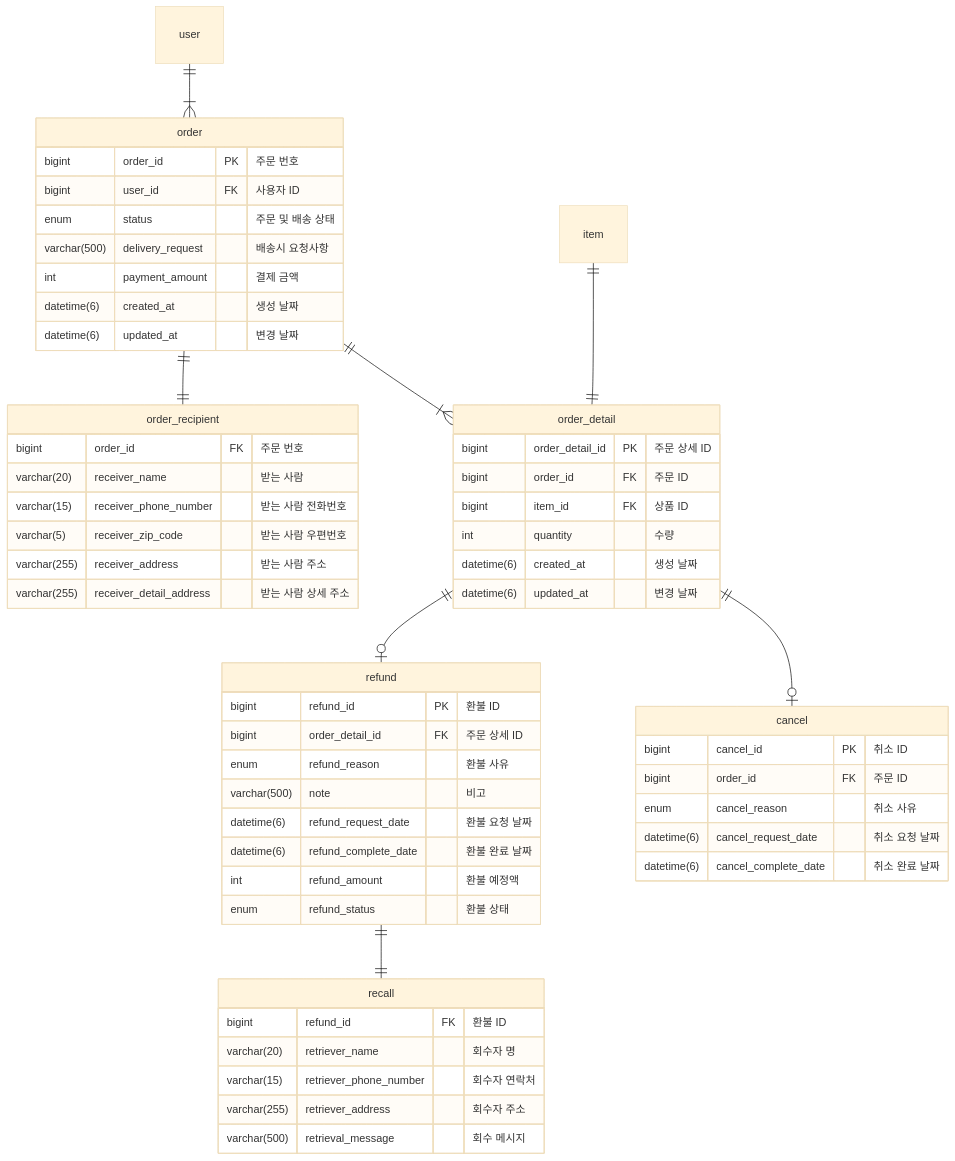
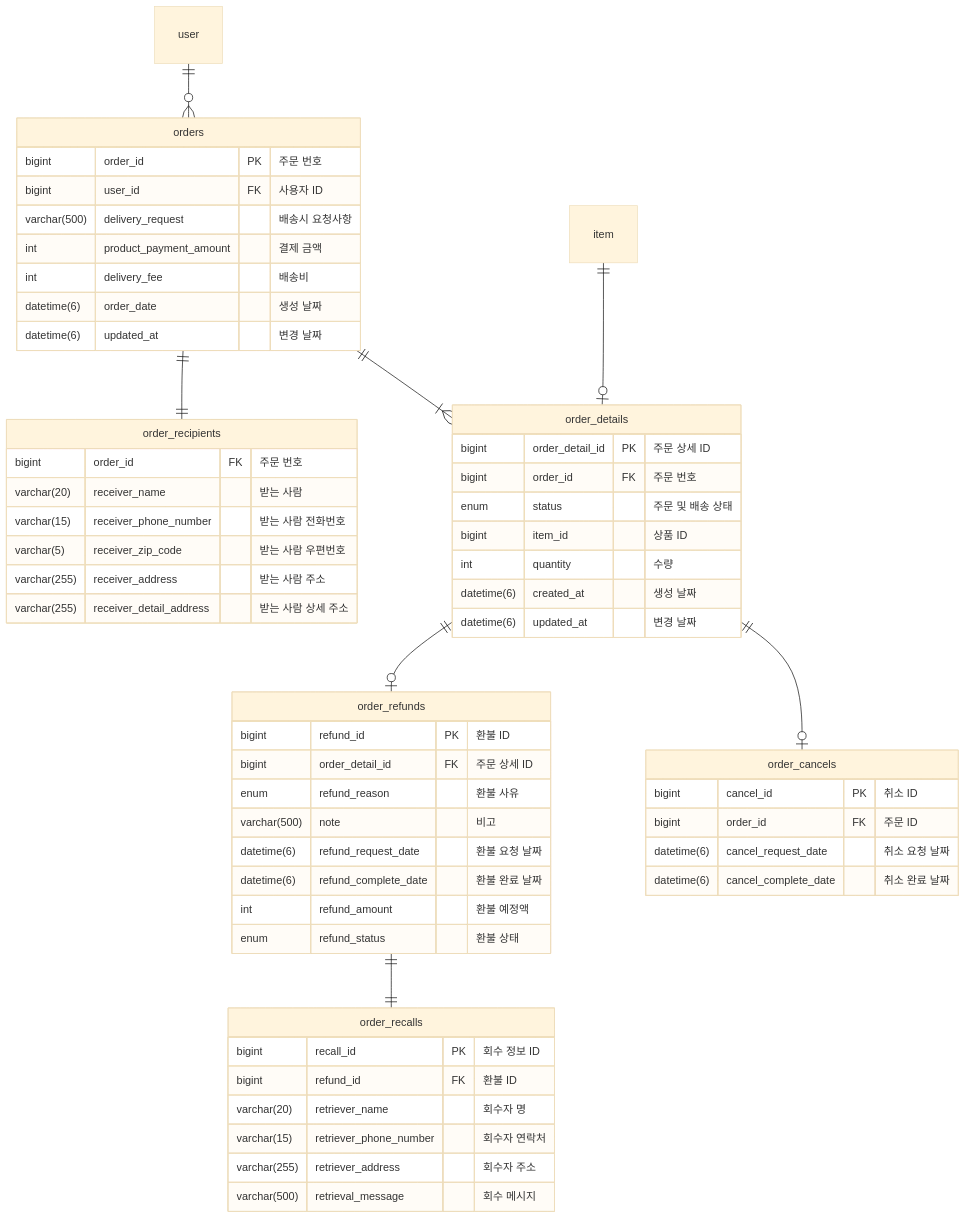
One commit to kea-dpang/docs changed the fourth of 9 diagrams in Erd.md. Above: the diagram before and after it, drawn with Mermaid (base theme). The commit also changed other lines of this file and 3 other files, not shown here.

````diff
--- a/Erd.md
+++ b/Erd.md
@@ -139,66 +143,67 @@
 ```mermaid
 erDiagram
-    order {
+    orders {
         bigint order_id PK "주문 번호"
         bigint user_id FK "사용자 ID"
-        enum status "주문 및 배송 상태"
         varchar(500) delivery_request "배송시 요청사항"
-        int payment_amount "결제 금액"
-        datetime(6) created_at "생성 날짜"
+        int product_payment_amount "결제 금액"
+        int delivery_fee "배송비"
+        datetime(6) order_date "생성 날짜"
         datetime(6) updated_at "변경 날짜"
     }
 
-    order_recipient {
+    order_recipients {
         bigint order_id FK "주문 번호"
         varchar(20) receiver_name "받는 사람"
         varchar(15) receiver_phone_number "받는 사람 전화번호"
         varchar(5) receiver_zip_code "받는 사람 우편번호"
         varchar(255) receiver_address "받는 사람 주소"
         varchar(255) receiver_detail_address "받는 사람 상세 주소"
     }
 
-    order_detail {
+    order_details {
         bigint order_detail_id PK "주문 상세 ID"
-        bigint order_id FK "주문 ID"
-        bigint item_id FK "상품 ID"
+        bigint order_id FK "주문 번호"
+        enum status "주문 및 배송 상태"
+        bigint item_id "상품 ID"
         int quantity "수량"
         datetime(6) created_at "생성 날짜"
         datetime(6) updated_at "변경 날짜"
     }
 
-    refund {
+    order_refunds {
         bigint refund_id PK "환불 ID"
         bigint order_detail_id FK "주문 상세 ID"
         enum refund_reason "환불 사유"
         varchar(500) note "비고"
         datetime(6) refund_request_date "환불 요청 날짜"
         datetime(6) refund_complete_date "환불 완료 날짜"
         int refund_amount "환불 예정액"
         enum refund_status "환불 상태"
     }
 
-    recall {
+    order_recalls {
+        bigint recall_id PK "회수 정보 ID"
         bigint refund_id FK "환불 ID"
         varchar(20) retriever_name "회수자 명"
         varchar(15) retriever_phone_number "회수자 연락처"
         varchar(255) retriever_address "회수자 주소"
         varchar(500) retrieval_message "회수 메시지"
     }
 
-    cancel {
+    order_cancels {
         bigint cancel_id PK "취소 ID"
         bigint order_id FK "주문 ID"
-        enum cancel_reason "취소 사유"
         datetime(6) cancel_request_date "취소 요청 날짜"
         datetime(6) cancel_complete_date "취소 완료 날짜"
     }
 
-    order ||--|{ order_detail: ""
-    order_detail ||--o| refund: ""
-    order ||--|| order_recipient: ""
-    order_detail ||--o| cancel: ""
-    refund ||--|| recall: ""
-    user ||--|{ order: ""
-    item ||--|| order_detail: ""
+    orders ||--|{ order_details: ""
+    order_details ||--o| order_refunds: ""
+    orders ||--|| order_recipients: ""
+    order_details ||--o| order_cancels: ""
+    order_refunds ||--|| order_recalls: ""
+    user ||--o{ orders: ""
+    item ||--o| order_details: ""
 
 ```
````
